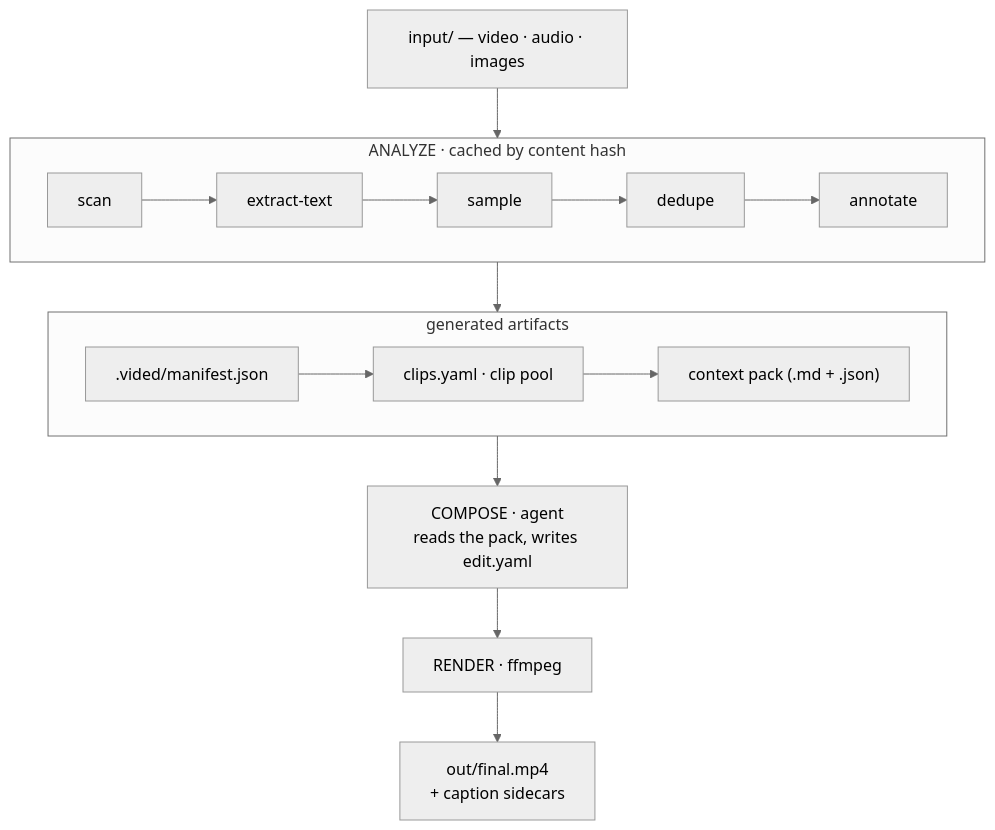
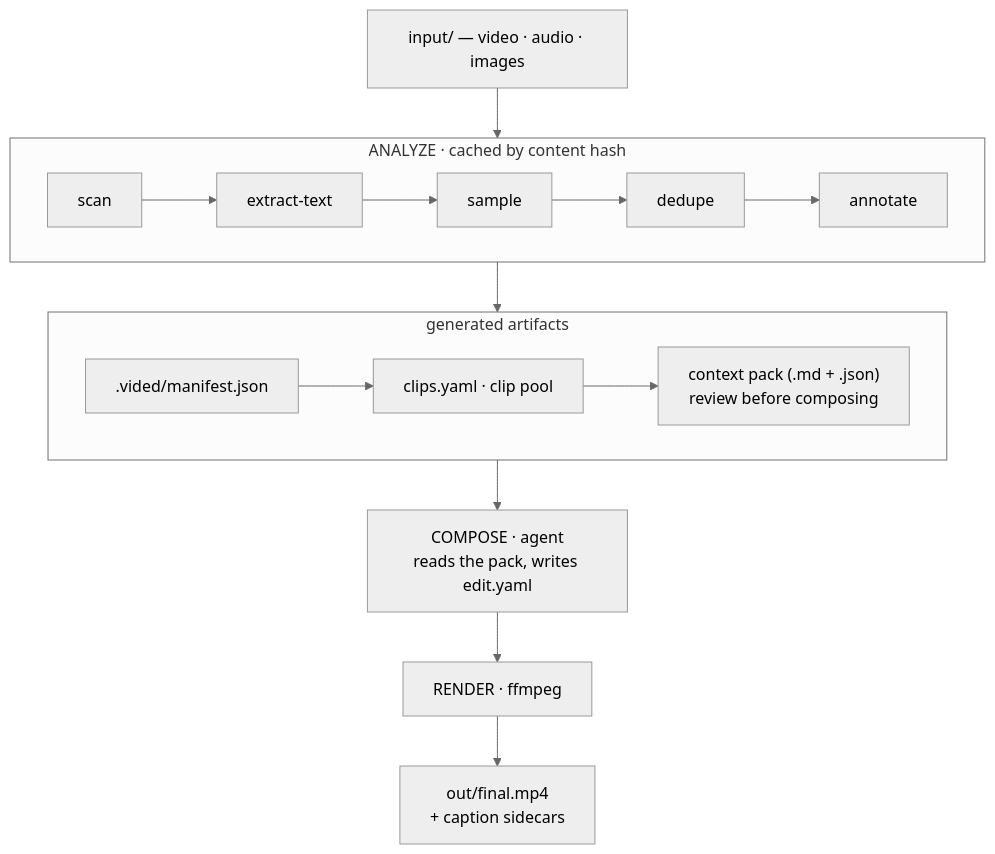
One commit to joegaffey/vid-ed changed the diagram in README.md. Above: the diagram before and after it, drawn with Mermaid (neutral theme). The commit also changed other lines of this file and 1 other file, not shown here.

First line of the commit message:
docs: frame the context pack as a review checkpoint before composing

````diff
--- a/README.md
+++ b/README.md
@@ -15,20 +15,20 @@
 ```mermaid
 flowchart TD
     MEDIA["input/ — video · audio · images"]
 
     subgraph ANALYZE["ANALYZE · cached by content hash"]
         direction LR
         SCAN["scan"] --> TEXT["extract-text"] --> SAMPLE["sample"] --> DEDUPE["dedupe"] --> ANNOTATE["annotate"]
     end
 
     subgraph ARTIFACTS["generated artifacts"]
         direction LR
-        MANIFEST[".vided/manifest.json"] --> CLIPS["clips.yaml · clip pool"] --> CONTEXT["context pack (.md + .json)"]
+        MANIFEST[".vided/manifest.json"] --> CLIPS["clips.yaml · clip pool"] --> CONTEXT["context pack (.md + .json)<br/>review before composing"]
     end
 
     COMPOSE["COMPOSE · agent<br/>reads the pack, writes edit.yaml"]
     RENDER["RENDER · ffmpeg"]
     OUT["out/final.mp4<br/>+ caption sidecars"]
 
     MEDIA --> ANALYZE --> ARTIFACTS --> COMPOSE --> RENDER --> OUT
 ```
````
